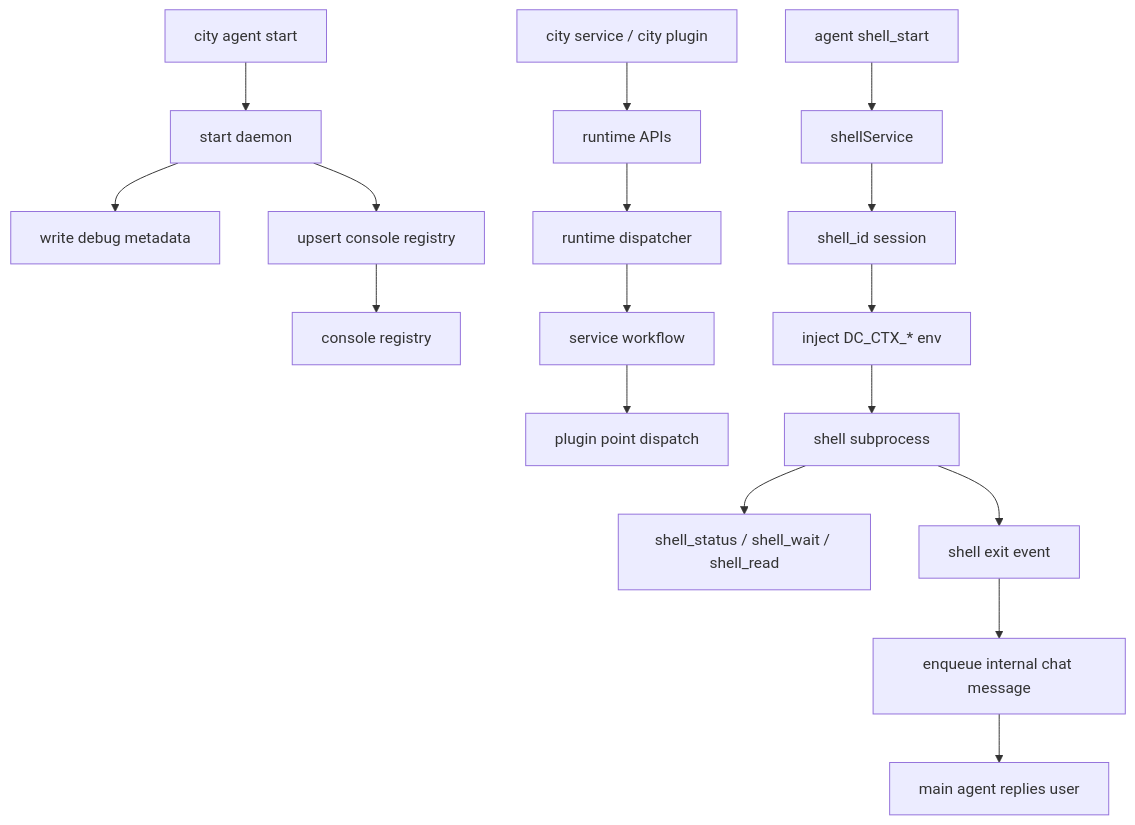
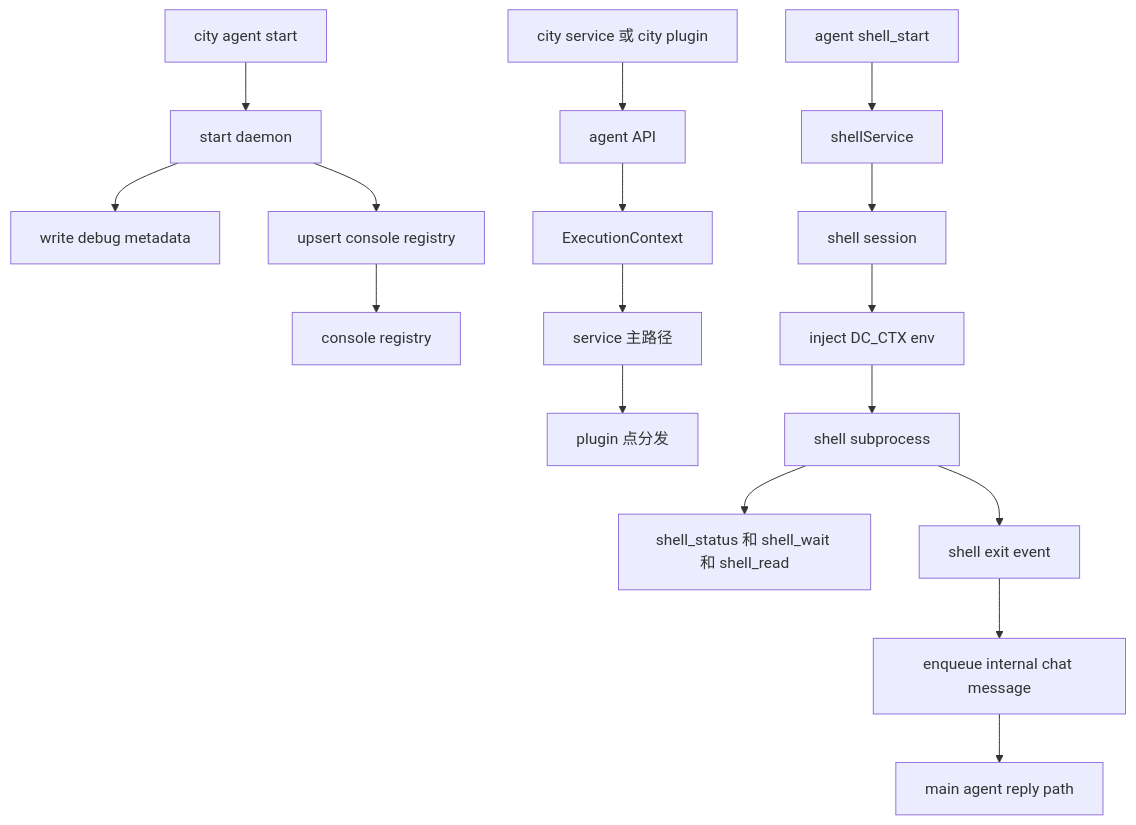
One commit to wangenius/downcity changed the diagram in homepage/content/docs/zh/concepts/runtime-registration-service-shell-flow.mdx. Above: the diagram before and after it, drawn with Mermaid. The commit also changed other lines of this file and 96 other files, not shown here.

````diff
--- a/homepage/content/docs/zh/concepts/runtime-registration-service-shell-flow.mdx
+++ b/homepage/content/docs/zh/concepts/runtime-registration-service-shell-flow.mdx
@@ -32,21 +33,21 @@
 ```mermaid
 flowchart TD
   A["city agent start"] --> B["start daemon"]
   B --> C["write debug metadata"]
   B --> D["upsert console registry"]
   D --> E["console registry"]
 
-  F["city service / city plugin"] --> G["runtime APIs"]
-  G --> H["runtime dispatcher"]
-  H --> I["service workflow"]
-  I --> J["plugin point dispatch"]
+  F["city service 或 city plugin"] --> G["agent API"]
+  G --> H["ExecutionContext"]
+  H --> I["service 主路径"]
+  I --> J["plugin 点分发"]
 
   L["agent shell_start"] --> M["shellService"]
-  M --> N["shell_id session"]
-  N --> O["inject DC_CTX_* env"]
+  M --> N["shell session"]
+  N --> O["inject DC_CTX env"]
   O --> P["shell subprocess"]
-  P --> Q["shell_status / shell_wait / shell_read"]
+  P --> Q["shell_status 和 shell_wait 和 shell_read"]
   P --> R["shell exit event"]
   R --> S["enqueue internal chat message"]
-  S --> T["main agent replies user"]
+  S --> T["main agent reply path"]
 ```
````
